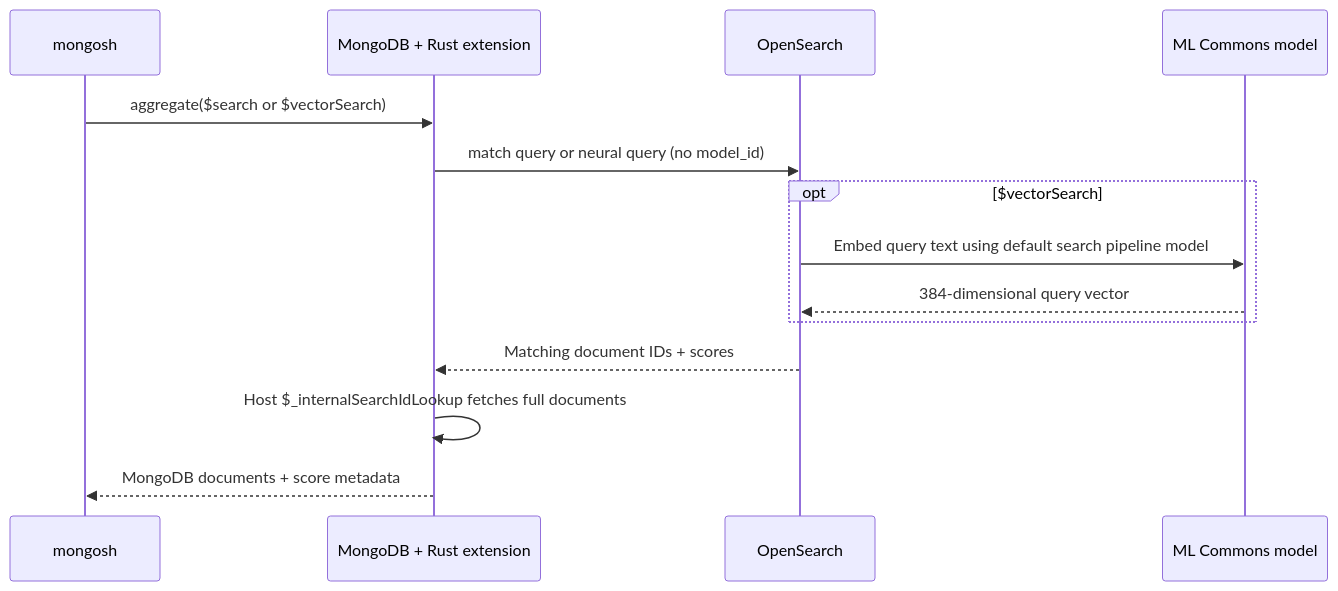
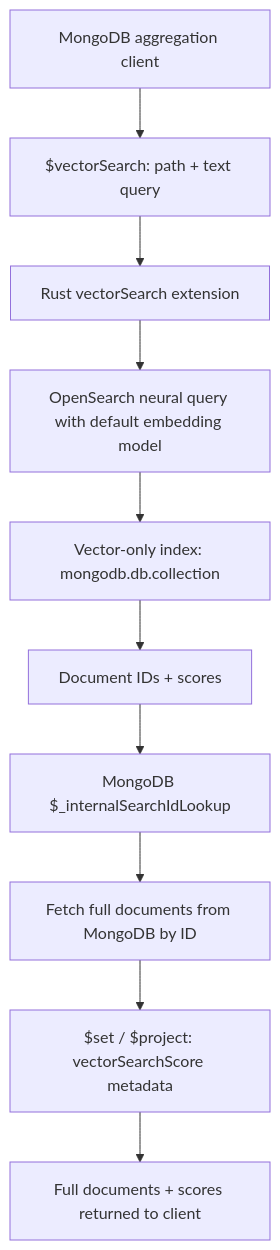
One commit to olexandr-havryliak/rust-sdk-mongodb-extension changed the second of 2 diagrams in examples/opensearch/ARCHITECTURE.md. Above: the diagram before and after it, drawn with Mermaid. The commit also changed other lines of this file and 57 other files, not shown here.

````diff
--- a/examples/opensearch/ARCHITECTURE.md
+++ b/examples/opensearch/ARCHITECTURE.md
@@ -22,16 +28,12 @@
 ```mermaid
-sequenceDiagram
-    participant Client as mongosh
-    participant Mongo as MongoDB + Rust extension
-    participant OS as OpenSearch
-    participant ML as ML Commons model
-    Client->>Mongo: aggregate($search or $vectorSearch)
-    Mongo->>OS: match query or neural query (no model_id)
-    opt $vectorSearch
-        OS->>ML: Embed query text using default search pipeline model
-        ML-->>OS: 384-dimensional query vector
-    end
-    OS-->>Mongo: Matching document IDs + scores
-    Mongo->>Mongo: Host $_internalSearchIdLookup fetches full documents
-    Mongo-->>Client: MongoDB documents + score metadata
+flowchart TB
+    Client[MongoDB aggregation client] --> Stage["$vectorSearch: path + text query"]
+    Stage --> Extension[Rust vectorSearch extension]
+    Extension --> Query[OpenSearch neural query with default embedding model]
+    Query --> Index[Vector-only index: mongodb.db.collection]
+    Index --> Candidates[Document IDs + scores]
+    Candidates --> Lookup["MongoDB $_internalSearchIdLookup"]
+    Lookup --> Mongo[Fetch full documents from MongoDB by ID]
+    Mongo --> Score["$set / $project: vectorSearchScore metadata"]
+    Score --> Result[Full documents + scores returned to client]
 ```
````
